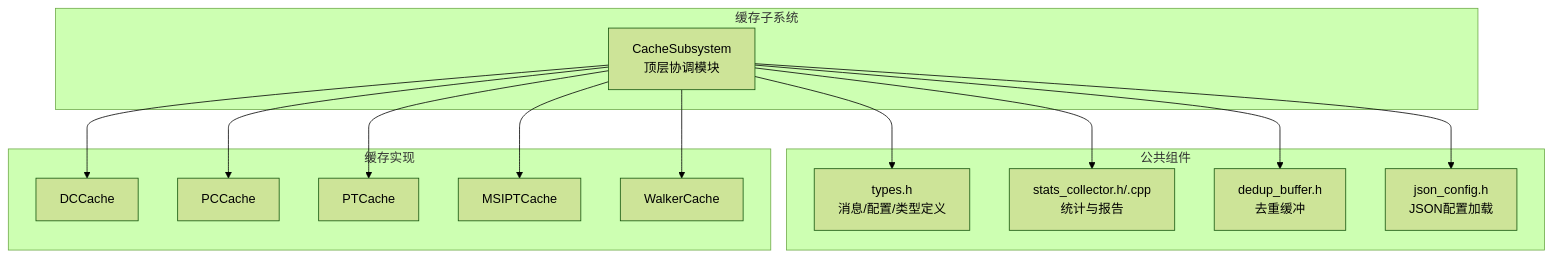
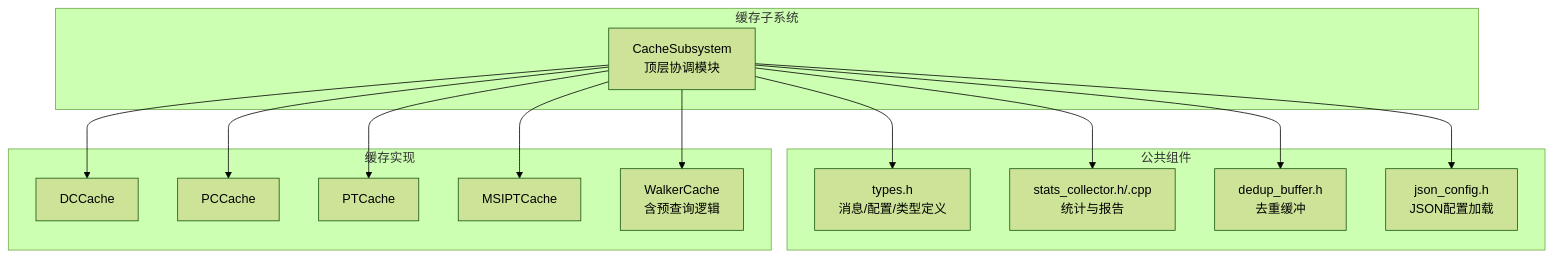
One commit to jiangjiang1122/iommu_model_20260401_v1 changed the first of 10 diagrams in .qoder/repowiki/zh/content/缓存系统/缓存子系统概览.md. Above: the diagram before and after it, drawn with Mermaid (forest theme). The commit also changed other lines of this file and 186 other files, not shown here.

````diff
--- a/.qoder/repowiki/zh/content/缓存系统/缓存子系统概览.md
+++ b/.qoder/repowiki/zh/content/缓存系统/缓存子系统概览.md
@@ -57,28 +58,28 @@
 ```mermaid
 graph TB
 subgraph "缓存子系统"
 CS["CacheSubsystem<br/>顶层协调模块"]
 end
 subgraph "公共组件"
 Types["types.h<br/>消息/配置/类型定义"]
 Stats["stats_collector.h/.cpp<br/>统计与报告"]
 Dedup["dedup_buffer.h<br/>去重缓冲"]
 JsonCfg["json_config.h<br/>JSON配置加载"]
 end
 subgraph "缓存实现"
 DC["DCCache"]
 PC["PCCache"]
 PT["PTCache"]
 MSI["MSIPTCache"]
-Wlk["WalkerCache"]
+Wlk["WalkerCache<br/>含预查询逻辑"]
 end
 CS --> DC
 CS --> PC
 CS --> PT
 CS --> MSI
 CS --> Wlk
 CS --> Stats
 CS --> Types
 CS --> Dedup
 CS --> JsonCfg
 ```
````
